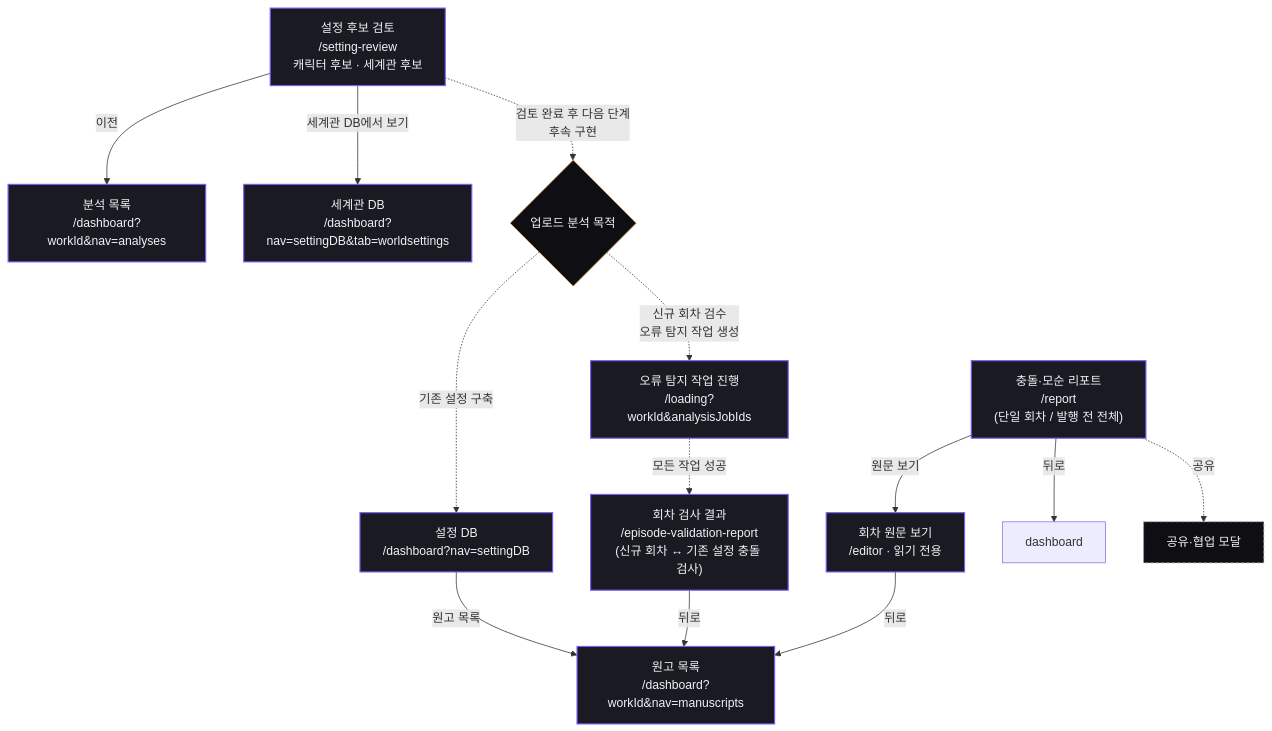
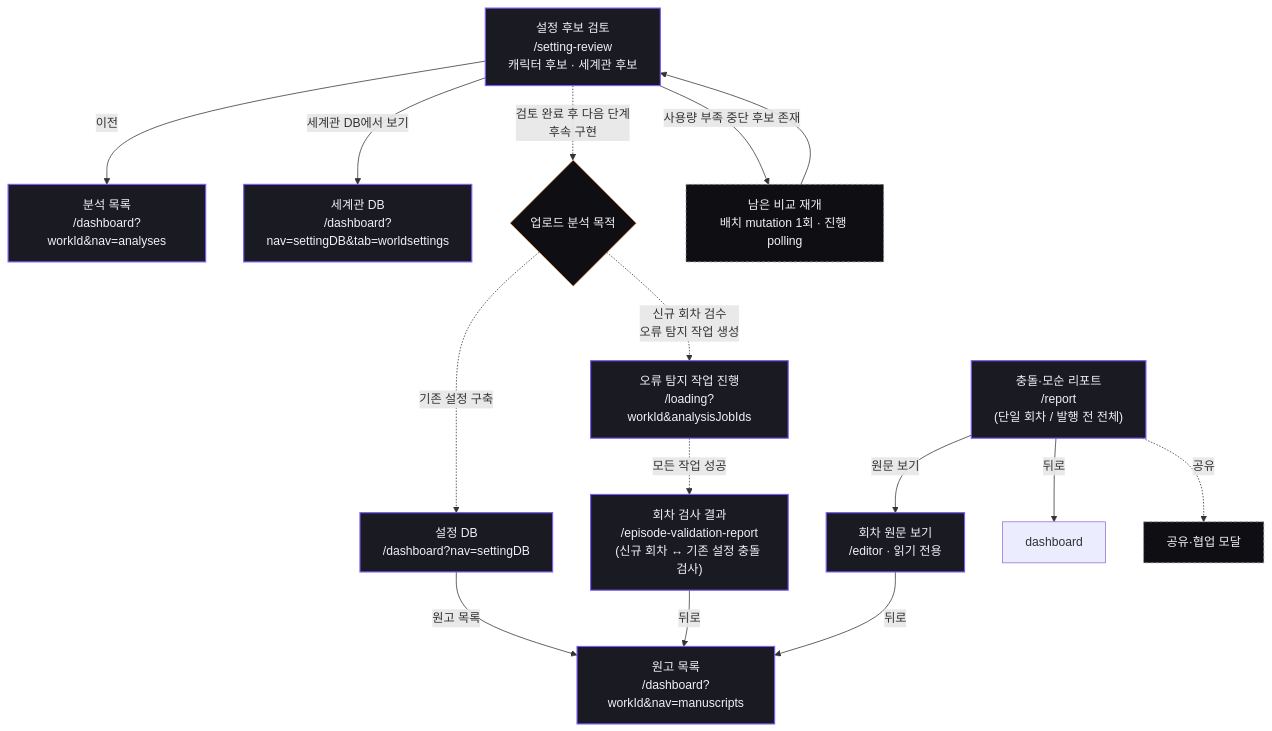
One commit to catchhole-soma/catchhole-front changed the seventh of 7 diagrams in docs/screen-flow.md. Above: the diagram before and after it, drawn with Mermaid. The commit also changed other lines of this file and 4 other files, not shown here.

````diff
--- a/docs/screen-flow.md
+++ b/docs/screen-flow.md
@@ -431,31 +437,32 @@
 ```mermaid
 flowchart TD
   review["설정 후보 검토<br/>/setting-review<br/>캐릭터 후보 · 세계관 후보"]:::private
   review -- "이전" --> analyses["분석 목록<br/>/dashboard?workId&nav=analyses"]:::private
 
   manuscripts["원고 목록<br/>/dashboard?workId&nav=manuscripts"]:::private
 
   settingDB["설정 DB<br/>/dashboard?nav=settingDB"]:::private
   worldDB["세계관 DB<br/>/dashboard?nav=settingDB&tab=worldsettings"]:::private
   purpose{"업로드 분석 목적"}:::decision
   review -. "검토 완료 후 다음 단계<br/>후속 구현" .-> purpose
   review -- "세계관 DB에서 보기" --> worldDB
+  review -- "사용량 부족 중단 후보 존재" --> resume["남은 비교 재개<br/>배치 mutation 1회 · 진행 polling"]:::modal --> review
   purpose -. "기존 설정 구축" .-> settingDB
   settingDB -- "원고 목록" --> manuscripts
 
   valreport["회차 검사 결과<br/>/episode-validation-report<br/>(신규 회차 ↔ 기존 설정 충돌 검사)"]:::private
   validation["오류 탐지 작업 진행<br/>/loading?workId&analysisJobIds"]:::private
   purpose -. "신규 회차 검수<br/>오류 탐지 작업 생성" .-> validation
   validation -. "모든 작업 성공" .-> valreport
   valreport -- "뒤로" --> manuscripts
 
   report["충돌·모순 리포트<br/>/report<br/>(단일 회차 / 발행 전 전체)"]:::private
   report -- "원문 보기" --> source["회차 원문 보기<br/>/editor · 읽기 전용"]:::private
   source -- "뒤로" --> manuscripts
   report -- "뒤로" --> dashboard
   report -. "공유" .-> share["공유·협업 모달"]:::modal
 
   classDef private fill:#1A1A22,stroke:#7C5CFC,stroke-width:1.5px,color:#F0F0F5;
   classDef modal fill:#0F0F13,stroke:#9090A8,stroke-dasharray:4 3,color:#F0F0F5;
   classDef decision fill:#0F0F13,stroke:#F4A261,color:#F0F0F5;
 ```
````
